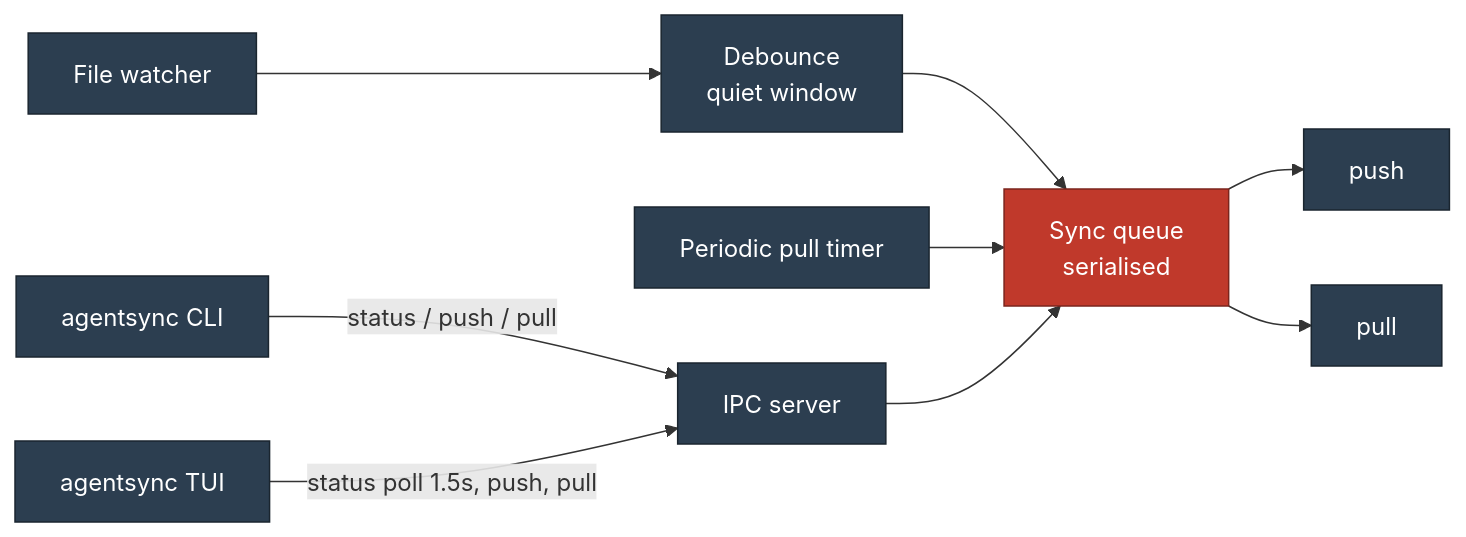
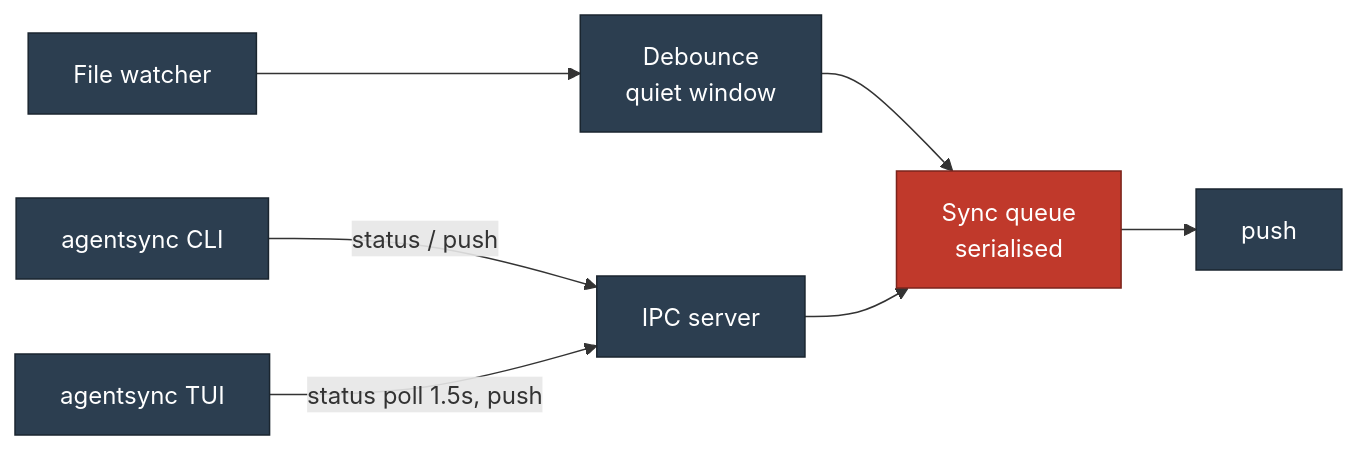
The fourth of 4 diagrams in docs/architecture.md (chrisleekr/agentsync), drawn with Mermaid before and after one commit. The commit also changed other lines of this file and 8 other files, not shown here.

````diff
--- a/docs/architecture.md
+++ b/docs/architecture.md
@@ -186,24 +190,20 @@
 ```mermaid
 flowchart LR
     Watcher["File watcher"]:::step
     Debounce["Debounce<br/>quiet window"]:::step
     Queue["Sync queue<br/>serialised"]:::gate
     Push["push"]:::step
-    Pull["pull"]:::step
-    Timer["Periodic pull timer"]:::step
     Ipc["IPC server"]:::step
     Cli["agentsync CLI"]:::local
     Tui["agentsync TUI"]:::local
 
     Watcher --> Debounce --> Queue
-    Timer --> Queue
-    Cli -->|status / push / pull| Ipc
-    Tui -->|status poll 1.5s, push, pull| Ipc
+    Cli -->|status / push| Ipc
+    Tui -->|status poll 1.5s, push| Ipc
     Ipc --> Queue
     Queue --> Push
-    Queue --> Pull
 
     classDef local fill:#2c3e50,color:#ffffff,stroke:#1a252f
     classDef step fill:#2c3e50,color:#ffffff,stroke:#1a252f
     classDef gate fill:#c0392b,color:#ffffff,stroke:#7b241c
 ```
````
